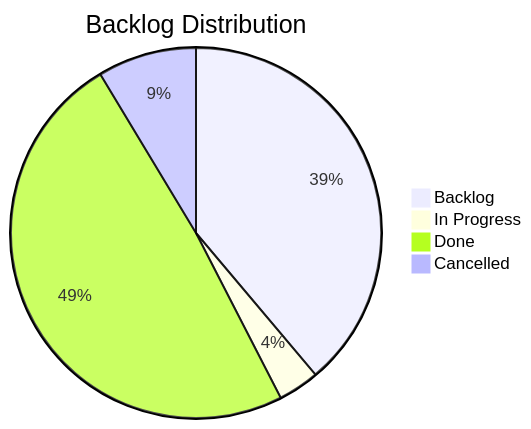
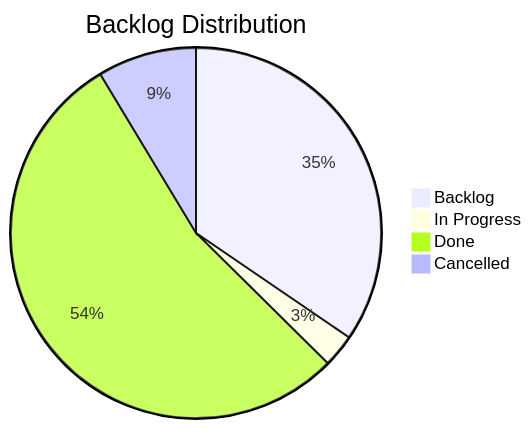
One commit to TheCodeCreature/Hytale-Example-Plugin changed the diagram in docs/board.md. Above: the diagram before and after it, drawn with Mermaid. The commit also changed other lines of this file and 120 other files, not shown here.

````diff
--- a/docs/board.md
+++ b/docs/board.md
@@ -7,7 +7,7 @@
 ```mermaid
 pie title Backlog Distribution
-    "Backlog" : 54
-    "In Progress" : 5
-    "Done" : 68
+    "Backlog" : 48
+    "In Progress" : 4
+    "Done" : 75
     "Cancelled" : 12
 ```
````
